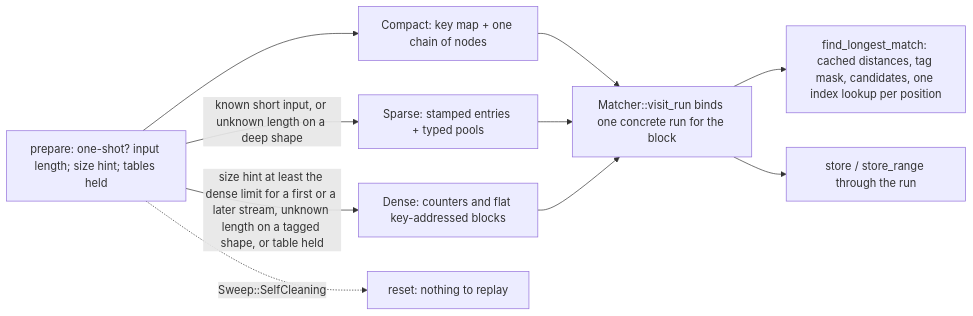
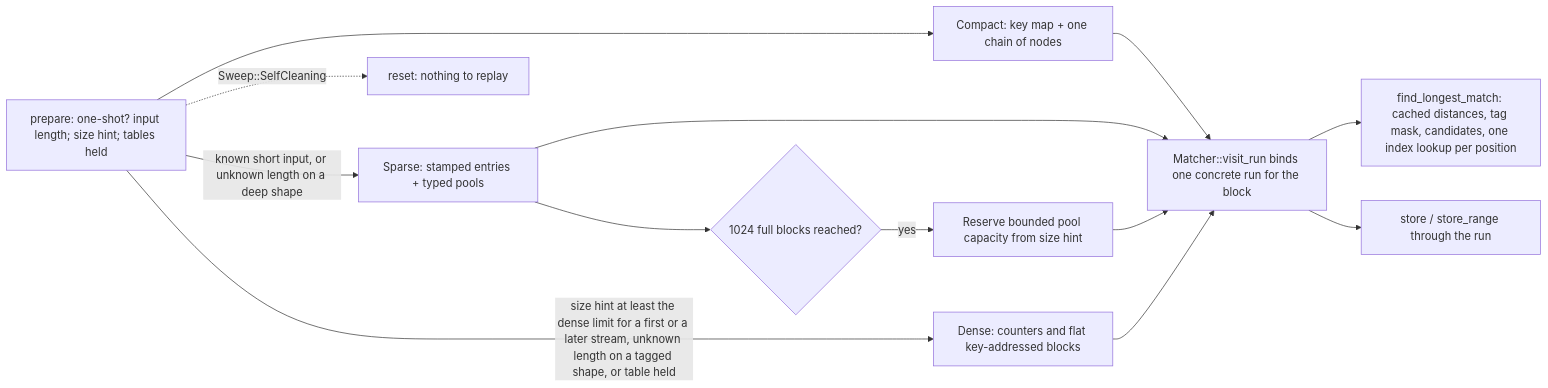
One commit to Mnwa/mbrotli changed the third of 11 diagrams in architecture/greedy-encoder.md. Above: the diagram before and after it, drawn with Mermaid. The commit also changed other lines of this file and 160 other files, not shown here.

````diff
--- a/architecture/greedy-encoder.md
+++ b/architecture/greedy-encoder.md
@@ -297,12 +306,15 @@
 ```mermaid
 flowchart LR
     prepare[prepare: one-shot? input length; size hint; tables held] --> compact[Compact: key map + one chain of nodes]
     prepare -->|known short input, or unknown length on a deep shape| sparse[Sparse: stamped entries + typed pools]
     prepare -->|size hint at least the dense limit for a first or a later stream, unknown length on a tagged shape, or table held| dense[Dense: counters and flat key-addressed blocks]
     compact --> run[Matcher::visit_run binds one concrete run for the block]
     sparse --> run
+    sparse --> promoted{1024 full blocks reached?}
+    promoted -->|yes| reserve[Reserve bounded pool capacity from size hint]
+    reserve --> run
     dense --> run
     run --> search[find_longest_match: cached distances, tag mask, candidates, one index lookup per position]
     run --> store[store / store_range through the run]
     prepare -. Sweep::SelfCleaning .-> reset[reset: nothing to replay]
 ```
````
